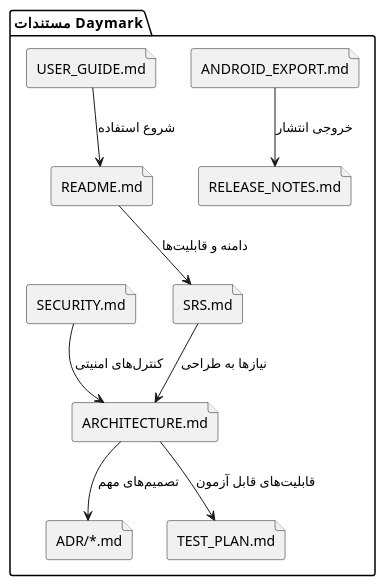
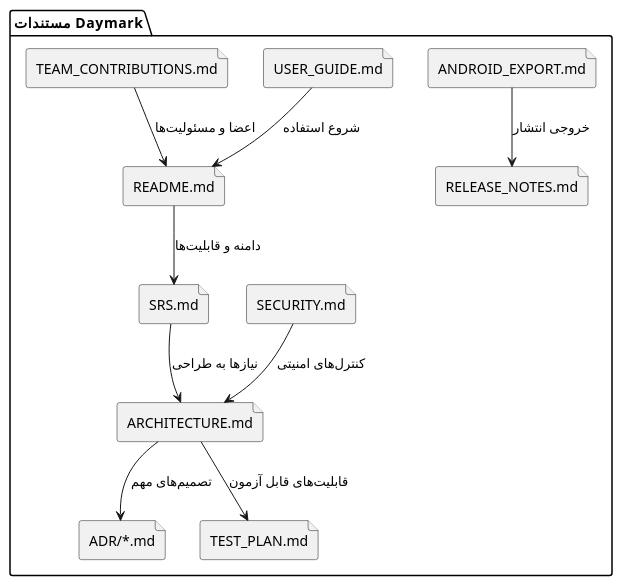
The diagram in docs/diagrams/10_documentation_map.puml (phoenix-0011/Daymark), drawn with PlantUML before and after one commit. The commit also changed 44 other files, not shown here.

```diff
--- a/docs/diagrams/10_documentation_map.puml
+++ b/docs/diagrams/10_documentation_map.puml
@@ -1,21 +1,23 @@
 @startuml
 folder "مستندات Daymark" {
   file "README.md" as Readme
   file "SRS.md" as SRS
   file "ARCHITECTURE.md" as Arch
   file "ADR/*.md" as ADR
   file "TEST_PLAN.md" as Test
   file "ANDROID_EXPORT.md" as Android
   file "RELEASE_NOTES.md" as Release
   file "USER_GUIDE.md" as User
   file "SECURITY.md" as Security
+  file "TEAM_CONTRIBUTIONS.md" as Team
 }
 
 Readme --> SRS : دامنه و قابلیت‌ها
 SRS --> Arch : نیازها به طراحی
 Arch --> ADR : تصمیم‌های مهم
 Arch --> Test : قابلیت‌های قابل آزمون
 Android --> Release : خروجی انتشار
 User --> Readme : شروع استفاده
 Security --> Arch : کنترل‌های امنیتی
+Team --> Readme : اعضا و مسئولیت‌ها
 @enduml
```
